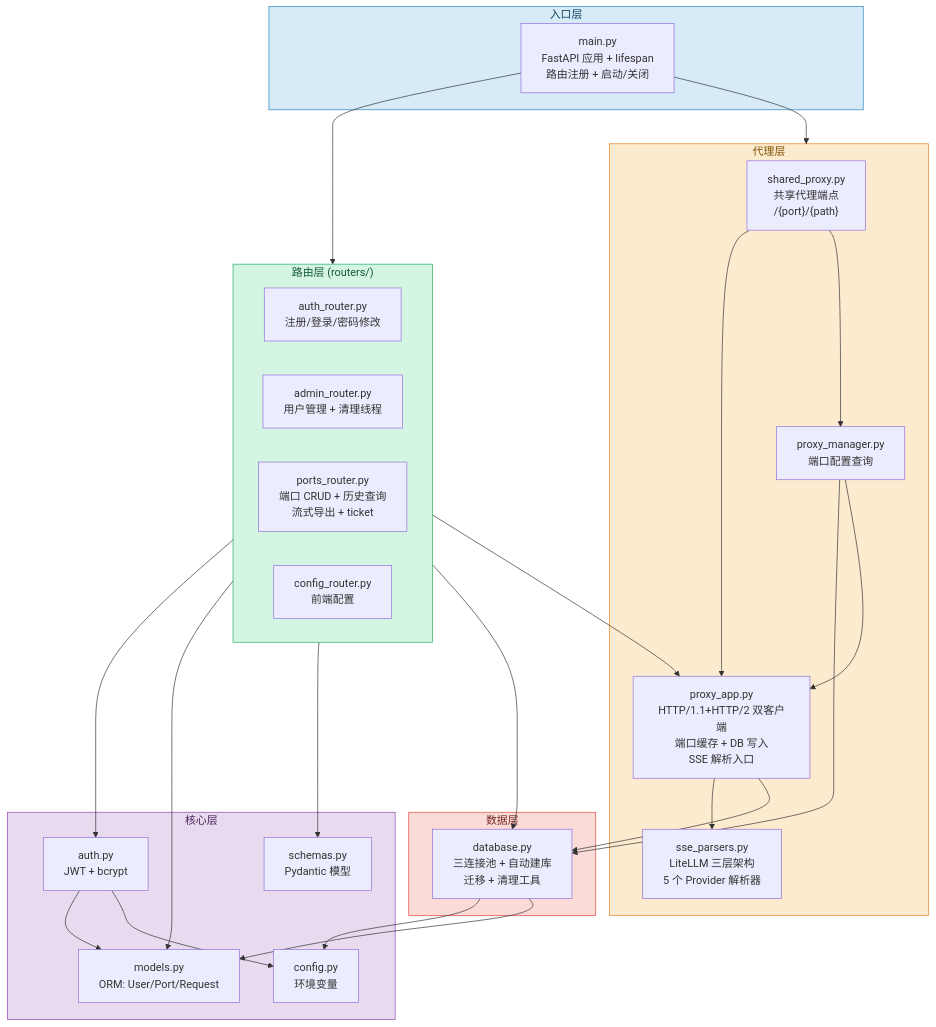
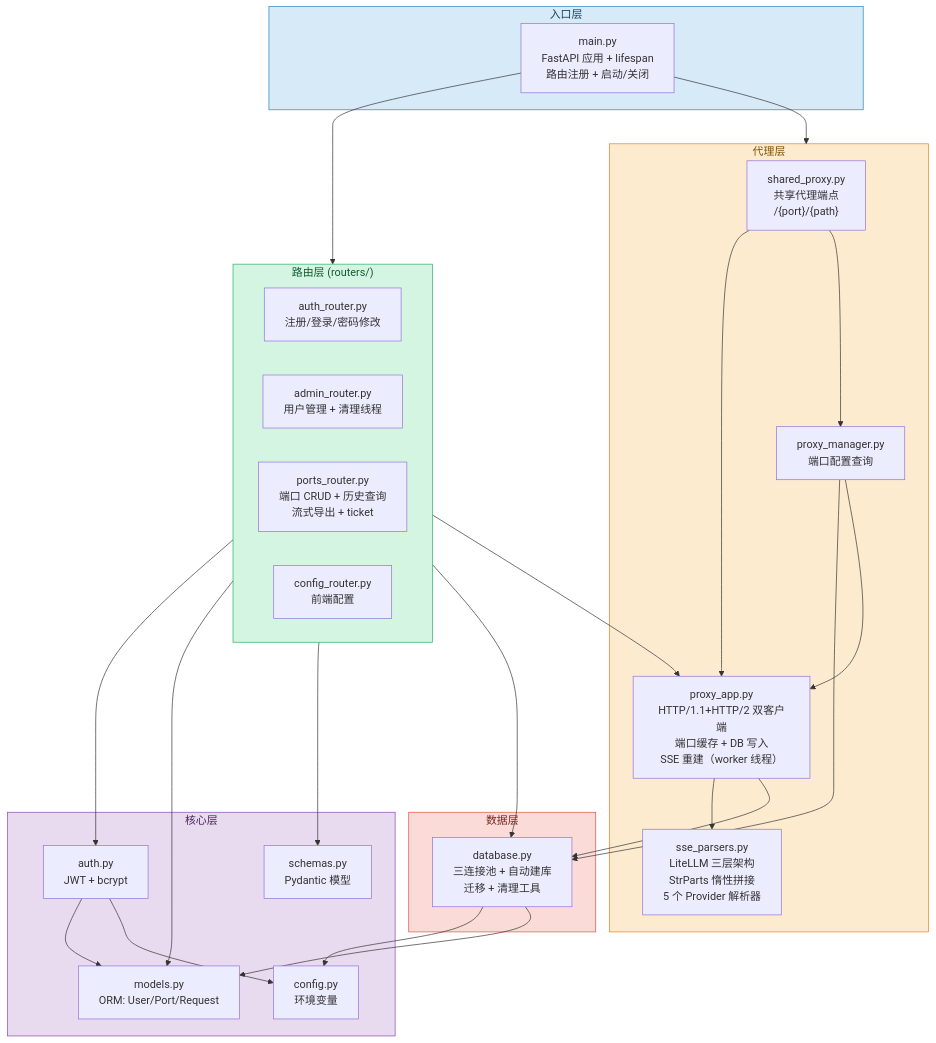
The fifth of 31 diagrams in README.md (HaoCheng-Wang/llm-proxy), drawn with Mermaid before and after one commit. The commit also changed other lines of this file and 9 other files, not shown here.

````diff
--- a/README.md
+++ b/README.md
@@ -485,55 +489,55 @@
 ```mermaid
 flowchart TD
     subgraph Entry["入口层"]
         MAIN["main.py<br/>FastAPI 应用 + lifespan<br/>路由注册 + 启动/关闭"]
     end
 
     subgraph Routing["路由层 (routers/)"]
         AUTH_R["auth_router.py<br/>注册/登录/密码修改"]
         ADMIN_R["admin_router.py<br/>用户管理 + 清理线程"]
         PORTS_R["ports_router.py<br/>端口 CRUD + 历史查询<br/>流式导出 + ticket"]
         CONFIG_R["config_router.py<br/>前端配置"]
     end
 
     subgraph Proxy["代理层"]
         SHARED["shared_proxy.py<br/>共享代理端点<br/>/{port}/{path}"]
-        PROXY_APP["proxy_app.py<br/>HTTP/1.1+HTTP/2 双客户端<br/>端口缓存 + DB 写入<br/>SSE 解析入口"]
-        SSE["sse_parsers.py<br/>LiteLLM 三层架构<br/>5 个 Provider 解析器"]
+        PROXY_APP["proxy_app.py<br/>HTTP/1.1+HTTP/2 双客户端<br/>端口缓存 + DB 写入<br/>SSE 重建（worker 线程）"]
+        SSE["sse_parsers.py<br/>LiteLLM 三层架构<br/>StrParts 惰性拼接<br/>5 个 Provider 解析器"]
         PROXY_MGR["proxy_manager.py<br/>端口配置查询"]
     end
 
     subgraph Core["核心层"]
         AUTH["auth.py<br/>JWT + bcrypt"]
         MODELS["models.py<br/>ORM: User/Port/Request"]
         SCHEMAS["schemas.py<br/>Pydantic 模型"]
         CONFIG["config.py<br/>环境变量"]
     end
 
     subgraph Data["数据层"]
         DB["database.py<br/>三连接池 + 自动建库<br/>迁移 + 清理工具"]
     end
 
     MAIN --> Routing
     MAIN --> Proxy
     SHARED --> PROXY_APP
     SHARED --> PROXY_MGR
     PROXY_APP --> SSE
     PROXY_APP --> DB
     PROXY_MGR --> DB
     PROXY_MGR --> PROXY_APP
     Routing --> AUTH
     Routing --> MODELS
     Routing --> SCHEMAS
     Routing --> DB
     Routing --> PROXY_APP
     AUTH --> MODELS
     AUTH --> CONFIG
     DB --> CONFIG
     DB --> MODELS
 
     style Entry fill:#d6eaf8,stroke:#2980b9,color:#154360
     style Routing fill:#d5f5e3,stroke:#27ae60,color:#145a32
     style Proxy fill:#fdebd0,stroke:#e67e22,color:#7e5100
     style Core fill:#e8daef,stroke:#8e44ad,color:#4a235a
     style Data fill:#fadbd8,stroke:#e74c3c,color:#78281f
 ```
````
